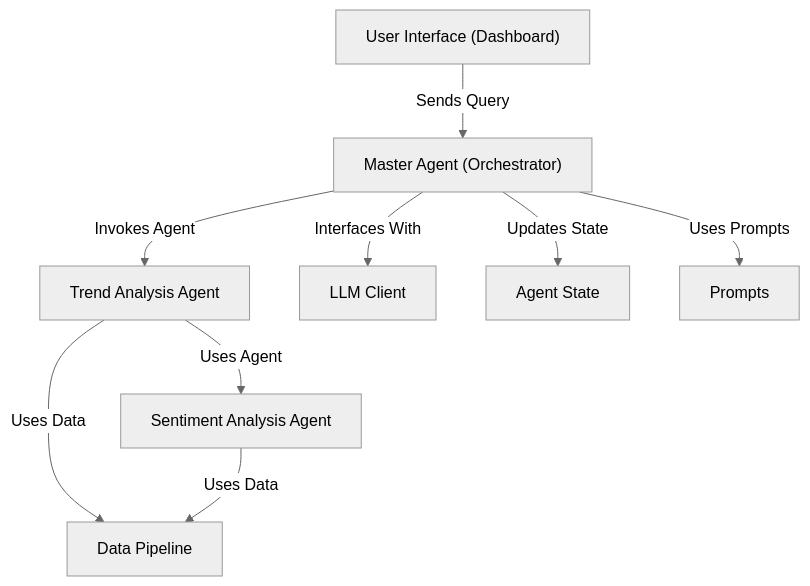
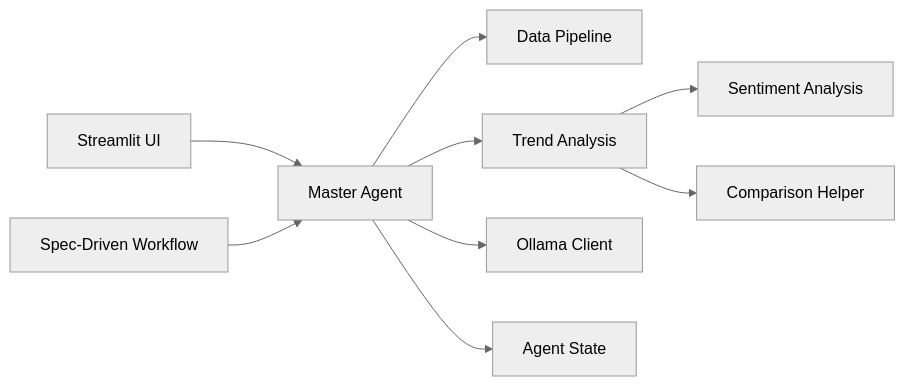
One commit to AustinZ21/EggHatch-AI-Tutorial changed the diagram in index.md. Above: the diagram before and after it, drawn with Mermaid (neutral theme). The commit also changed other lines of this file and 15 other files, not shown here.

````diff
--- a/index.md
+++ b/index.md
@@ -16,27 +19,11 @@
 ```mermaid
-flowchart TD
-    A0["Data Pipeline
-"]
-    A1["Sentiment Analysis Agent
-"]
-    A2["Trend Analysis Agent
-"]
-    A3["LLM Client
-"]
-    A4["Master Agent (Orchestrator)
-"]
-    A5["Agent State
-"]
-    A6["Prompts
-"]
-    A7["User Interface (Dashboard)
-"]
-    A7 -- "Sends Query" --> A4
-    A4 -- "Interfaces With" --> A3
-    A4 -- "Updates State" --> A5
-    A4 -- "Invokes Agent" --> A2
-    A4 -- "Uses Prompts" --> A6
-    A2 -- "Uses Agent" --> A1
-    A2 -- "Uses Data" --> A0
-    A1 -- "Uses Data" --> A0
+flowchart LR
+    UI["Streamlit UI"] --> MA["Master Agent"]
+    MA --> DP["Data Pipeline"]
+    MA --> TA["Trend Analysis"]
+    TA --> SA["Sentiment Analysis"]
+    TA --> CMP["Comparison Helper"]
+    MA --> LLM["Ollama Client"]
+    MA --> STATE["Agent State"]
+    SPEC["Spec-Driven Workflow"] --> MA
 ```
````
